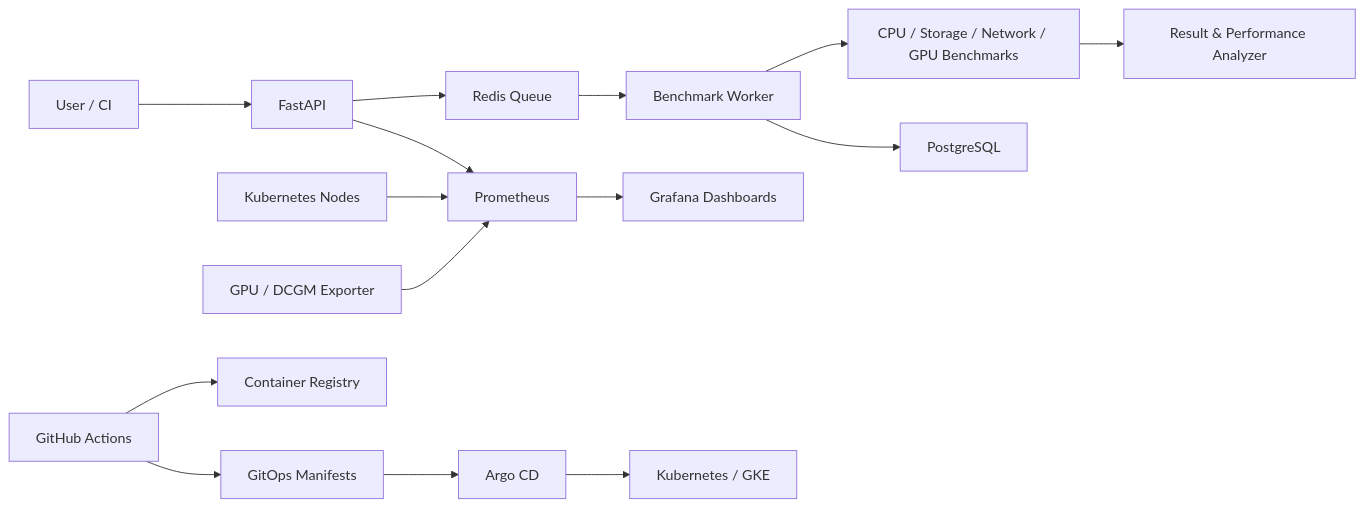
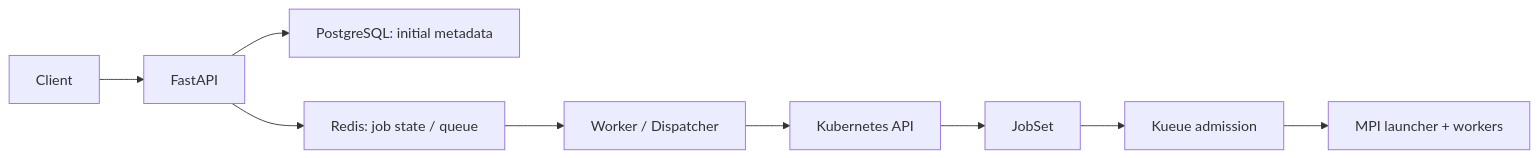
The diagram in README.md (davidtestdocker/hpc), drawn with Mermaid before and after one commit. The commit also changed other lines of this file and 22 other files, not shown here.

````diff
--- a/README.md
+++ b/README.md
@@ -30,17 +11,11 @@
 ```mermaid
 flowchart LR
-    U["User / CI"] --> API["FastAPI"]
-    API --> Q["Redis Queue"]
-    Q --> W["Benchmark Worker"]
-    W --> B["CPU / Storage / Network / GPU Benchmarks"]
-    W --> DB["PostgreSQL"]
-    B --> R["Result & Performance Analyzer"]
-    API --> M["Prometheus"]
-    K["Kubernetes Nodes"] --> M
-    G["GPU / DCGM Exporter"] --> M
-    M --> D["Grafana Dashboards"]
-    GH["GitHub Actions"] --> REG["Container Registry"]
-    GH --> GIT["GitOps Manifests"]
-    GIT --> ARGO["Argo CD"]
-    ARGO --> K8S["Kubernetes / GKE"]
+    C["Client"] --> A["FastAPI"]
+    A --> D["PostgreSQL: initial metadata"]
+    A --> R["Redis: job state / queue"]
+    R --> W["Worker / Dispatcher"]
+    W --> K["Kubernetes API"]
+    K --> J["JobSet"]
+    J --> Q["Kueue admission"]
+    Q --> M["MPI launcher + workers"]
 ```
````
